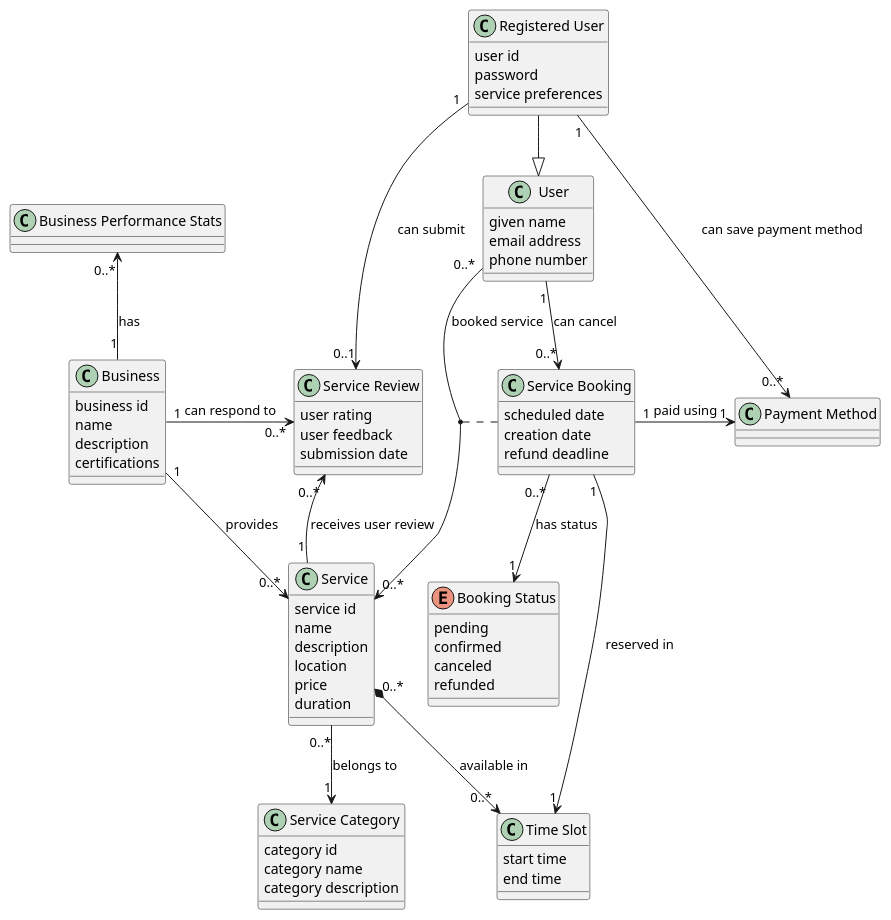
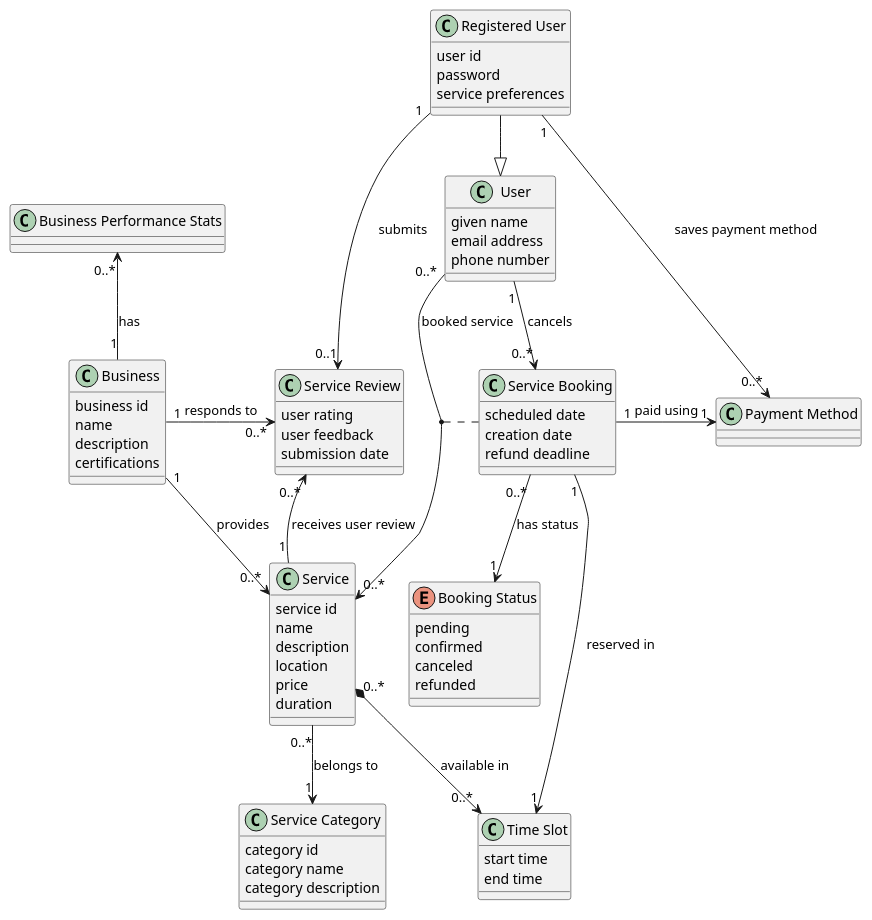
One commit to JuhTyg010/Vellure-NSWI041 changed the diagram in uml/uml-class-diagram.plantuml. Above: the diagram before and after it, drawn with PlantUML.

Commit message:
Changed incorrect association names (removed "can")

```diff
--- a/uml/uml-class-diagram.plantuml
+++ b/uml/uml-class-diagram.plantuml
@@ -1,83 +1,83 @@
 @startuml
 
 class User {
     given name
     email address
     phone number
 }
 
 class "Registered User" as RegisteredUser {
     user id
     password
     service preferences
 }
 
 class Business {
     business id
     name
     description
     certifications
 }
 
 class "Business Performance Stats" as BusinessPerformanceStats
 
 class Service {
    service id
    name
    description
    location
    price
    duration
 }
 
 class "Service Category" as ServiceCategory {
     category id
     category name
     category description
 }
 
 class "Service Booking" as ServiceBooking {
     scheduled date
     creation date
     refund deadline
 }
 
 class "Service Review" as ServiceReview {
     user rating
     user feedback
     submission date
 }
 
 class "Time Slot" as TimeSlot {
    start time
    end time
 }
 
 enum "Booking Status" as BookingStatus {
    pending
    confirmed
    canceled
    refunded
 }
 
 class "Payment Method" as PaymentMethod
 
 
 RegisteredUser --|> User
 Business "1" -r-> "0..*" Service : provides
 Service "0..*" *--> "0..*" TimeSlot : available in
 User "0..*" --> "0..*" Service : booked service
 (User, Service) .. ServiceBooking
 ServiceBooking  "0..*" --> "1" BookingStatus : has status
-RegisteredUser "1" -r-> "0..*" PaymentMethod : can save payment method
-RegisteredUser "1" --> "0..1" ServiceReview : can submit
+RegisteredUser "1" -r-> "0..*" PaymentMethod : saves payment method
+RegisteredUser "1" --> "0..1" ServiceReview : submits
 Service "1" -u-> "0..*" ServiceReview : receives user review
 Service "0..*" --> "1" ServiceCategory : belongs to
 Business "1" -u-> "0..*" BusinessPerformanceStats : has
-Business "1" -r-> "0..*" ServiceReview : can respond to
-User "1" -d-> "0..*" ServiceBooking : can cancel
+Business "1" -r-> "0..*" ServiceReview : responds to
+User "1" -d-> "0..*" ServiceBooking : cancels
 ServiceBooking "1" --> "1" TimeSlot : reserved in
 ServiceBooking "1" -r--> "1" PaymentMethod : paid using
 
 
 @enduml
```
